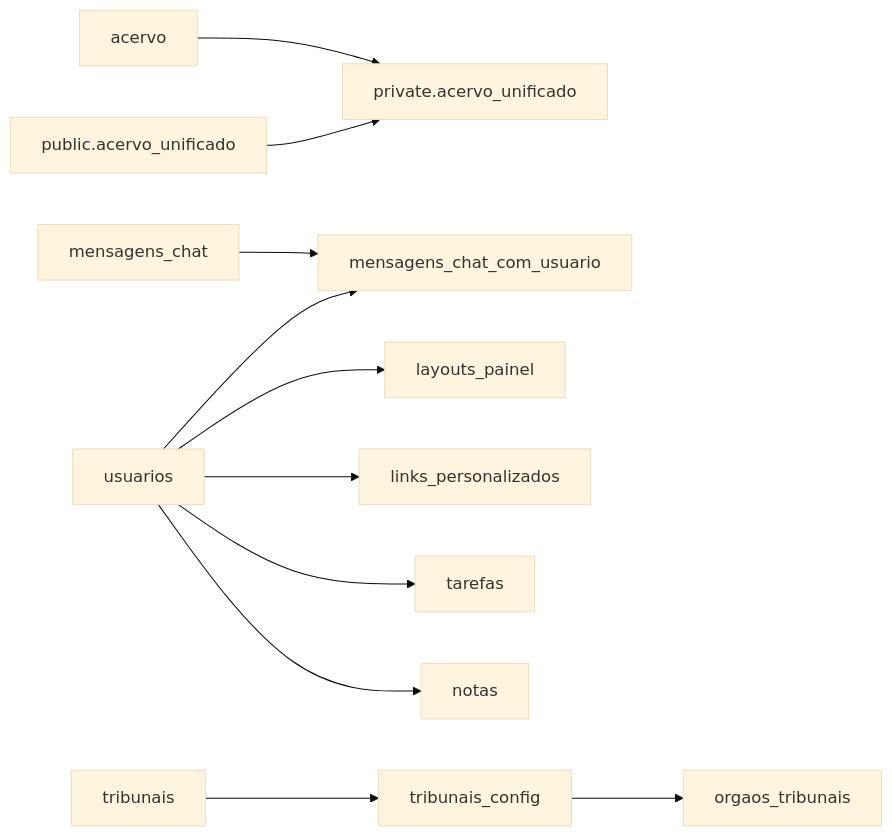
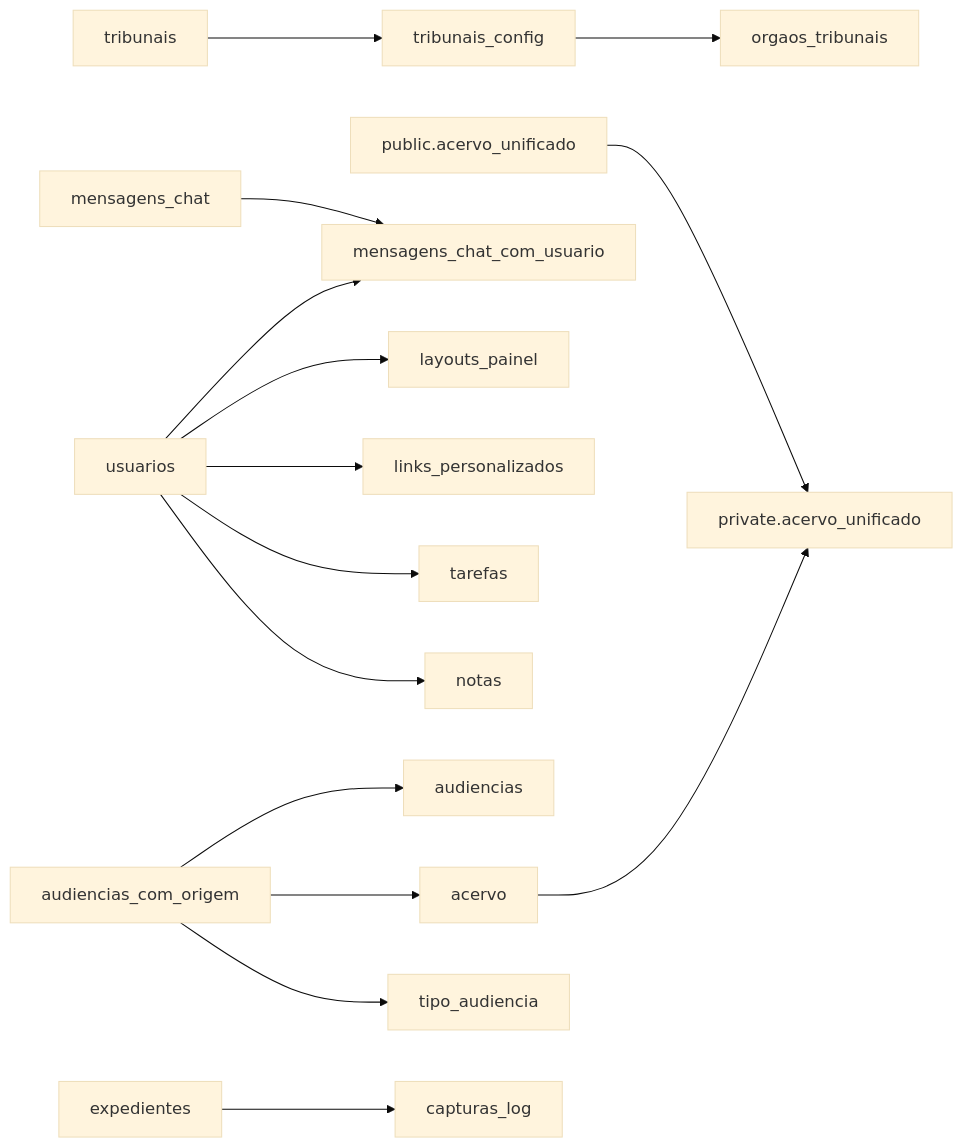
One commit to SinesysTech/zattar-os changed the ninth of 9 diagrams in .qoder/repowiki/en/content/Database Design/Database Views.md. Above: the diagram before and after it, drawn with Mermaid (base theme). The commit also changed other lines of this file and 4 other files, not shown here.

````diff
--- a/.qoder/repowiki/en/content/Database Design/Database Views.md
+++ b/.qoder/repowiki/en/content/Database Design/Database Views.md
@@ -354,13 +449,17 @@
 ```mermaid
 graph LR
 AC["acervo"] --> AU["private.acervo_unificado"]
 AUW["public.acervo_unificado"] --> AU
 MSG["mensagens_chat"] --> MC["mensagens_chat_com_usuario"]
 US["usuarios"] --> MC
 US --> LP["layouts_painel"]
 US --> LPOL["links_personalizados"]
 US --> TSK["tarefas"]
 US --> NT["notas"]
 TR["tribunais"] --> TC["tribunais_config"]
 TC --> OT["orgaos_tribunais"]
+ACO["audiencias_com_origem"] --> AUD["audiencias"]
+ACO --> AC["acervo"]
+ACO --> TA["tipo_audiencia"]
+EXP["expedientes"] --> CAP["capturas_log"]
 ```
````
